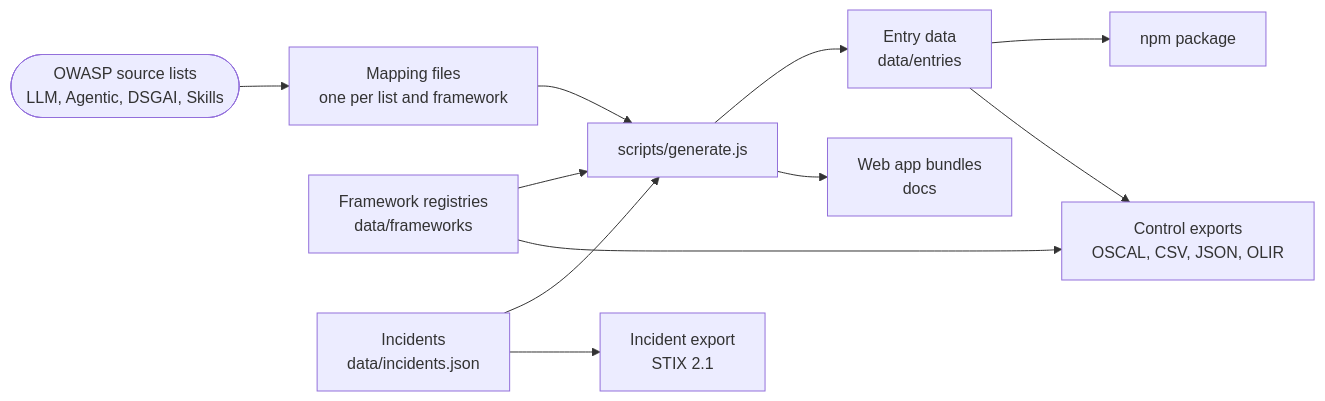
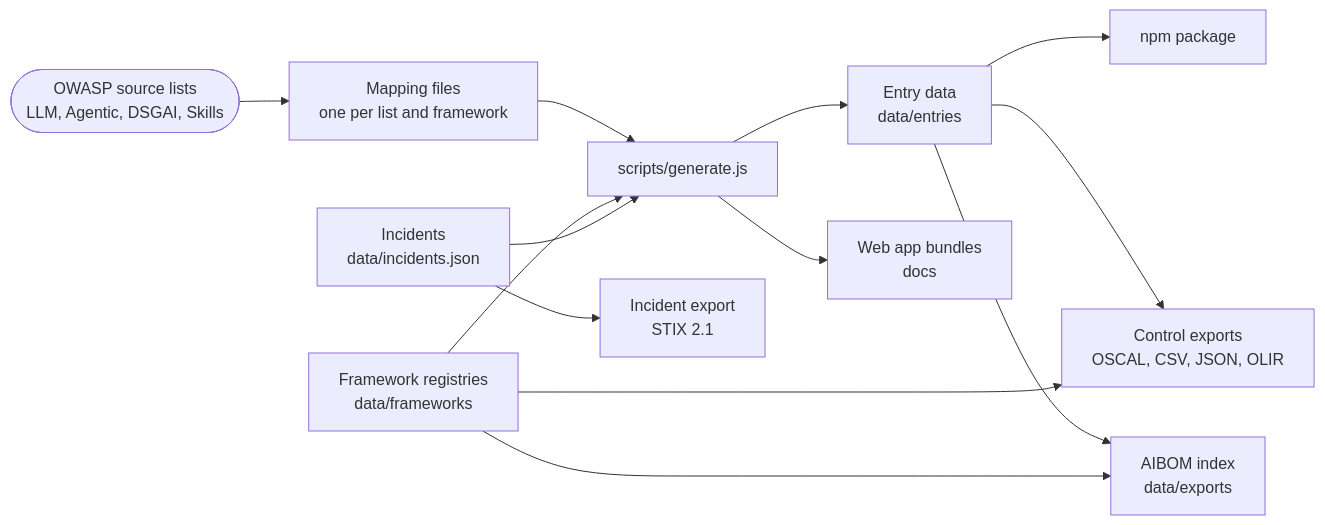
One commit to GenAI-Security-Project/crosswalk changed the diagram in README.md. Above: the diagram before and after it, drawn with Mermaid. The commit also changed other lines of this file and 5 other files, not shown here.

````diff
--- a/README.md
+++ b/README.md
@@ -150,13 +152,15 @@
 ```mermaid
 flowchart LR
     S([OWASP source lists<br/>LLM, Agentic, DSGAI, Skills]) --> M[Mapping files<br/>one per list and framework]
     M --> G[scripts/generate.js]
     R[Framework registries<br/>data/frameworks] --> G
     I[Incidents<br/>data/incidents.json] --> G
     G --> E[Entry data<br/>data/entries]
     G --> W[Web app bundles<br/>docs]
     E --> N[npm package]
     E --> X[Control exports<br/>OSCAL, CSV, JSON, OLIR]
     R --> X
+    E --> B[AIBOM index<br/>data/exports]
+    R --> B
     I --> T[Incident export<br/>STIX 2.1]
 ```
````
